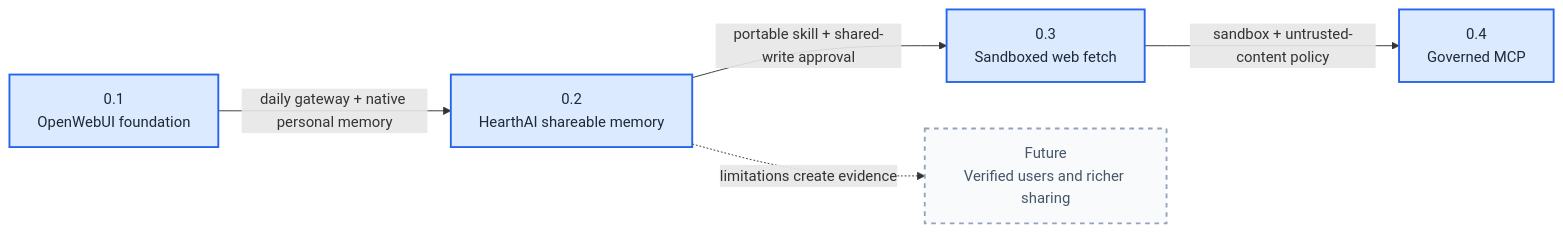
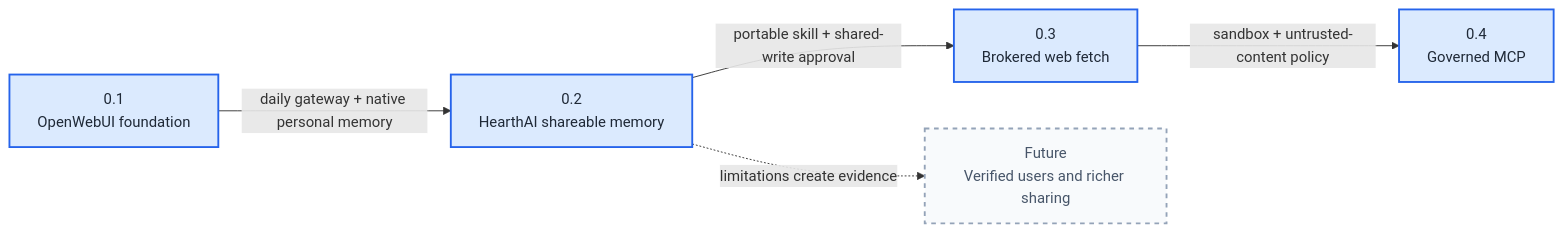
One commit to jokajak/hearthai changed the diagram in docs/superpowers/specs/2026-08-30-capability-roadmap-design.md. Above: the diagram before and after it, drawn with Mermaid. The commit also changed other lines of this file and 26 other files, not shown here.

First line of the commit message:
docs: replace web research with brokered web fetch

````diff
--- a/docs/superpowers/specs/2026-08-30-capability-roadmap-design.md
+++ b/docs/superpowers/specs/2026-08-30-capability-roadmap-design.md
@@ -293,18 +293,18 @@
 ```mermaid
 flowchart LR
     V01["0.1<br/>OpenWebUI foundation"]
     V02["0.2<br/>HearthAI shareable memory"]
-    V03["0.3<br/>Sandboxed web fetch"]
+    V03["0.3<br/>Brokered web fetch"]
     V04["0.4<br/>Governed MCP"]
     FUTURE["Future<br/>Verified users and richer sharing"]
 
     V01 -->|daily gateway + native personal memory| V02
     V02 -->|portable skill + shared-write approval| V03
     V03 -->|sandbox + untrusted-content policy| V04
     V02 -. "limitations create evidence" .-> FUTURE
 
     classDef planned fill:#dbeafe,stroke:#2563eb,stroke-width:2px,color:#1f2937
     classDef deferred fill:#f8fafc,stroke:#94a3b8,stroke-width:2px,stroke-dasharray:5 5,color:#475569
     class V01,V02,V03,V04 planned
     class FUTURE deferred
 ```
````
